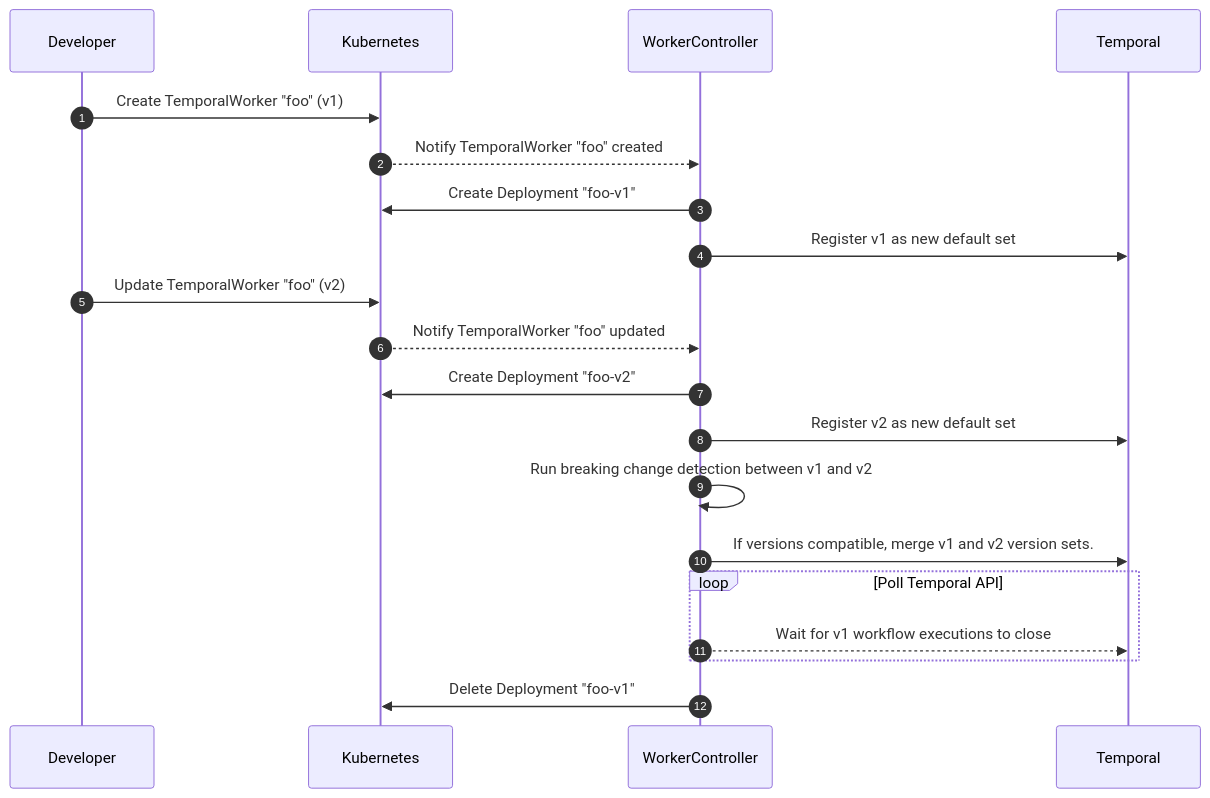
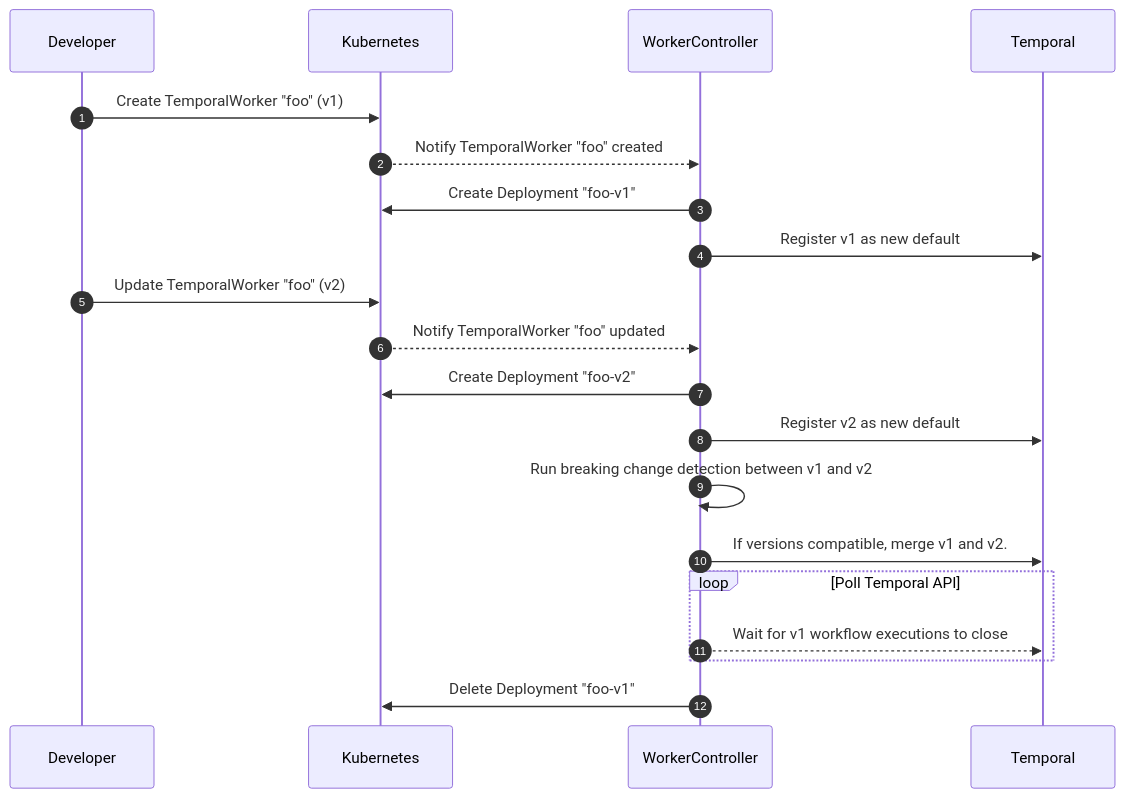
The second of 2 diagrams in README.md (shashwatsuri/temporal-worker-controller), drawn with Mermaid before and after one commit. The commit also changed other lines of this file and 60 other files, not shown here.

````diff
--- a/README.md
+++ b/README.md
@@ -104,26 +107,26 @@
 ```mermaid
 sequenceDiagram
     autonumber
     participant Dev as Developer
     participant K8s as Kubernetes
     participant Ctl as WorkerController
     participant T as Temporal
 
     Dev->>K8s: Create TemporalWorker "foo" (v1)
     K8s-->>Ctl: Notify TemporalWorker "foo" created
     Ctl->>K8s: Create Deployment "foo-v1"
-    Ctl->>T: Register v1 as new default set
+    Ctl->>T: Register v1 as new default
     Dev->>K8s: Update TemporalWorker "foo" (v2)
     K8s-->>Ctl: Notify TemporalWorker "foo" updated
     Ctl->>K8s: Create Deployment "foo-v2"
-    Ctl->>T: Register v2 as new default set
+    Ctl->>T: Register v2 as new default
     
     Ctl->>Ctl: Run breaking change detection between v1 and v2
-    Ctl->>T: If versions compatible, merge v1 and v2 version sets.
+    Ctl->>T: If versions compatible, merge v1 and v2.
     
     loop Poll Temporal API
         Ctl-->>T: Wait for v1 workflow executions to close
     end
     
     Ctl->>K8s: Delete Deployment "foo-v1"
 ```
````
